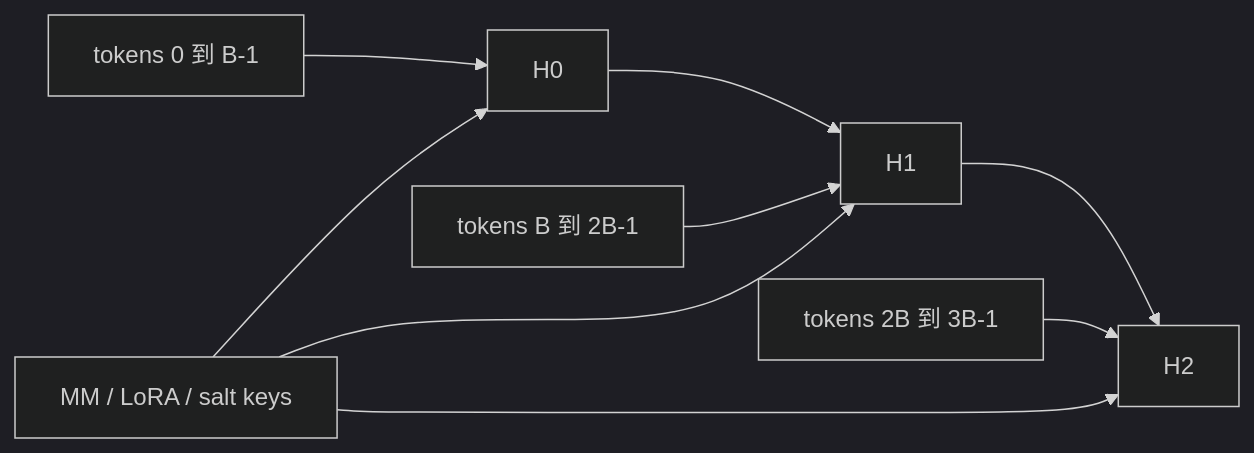
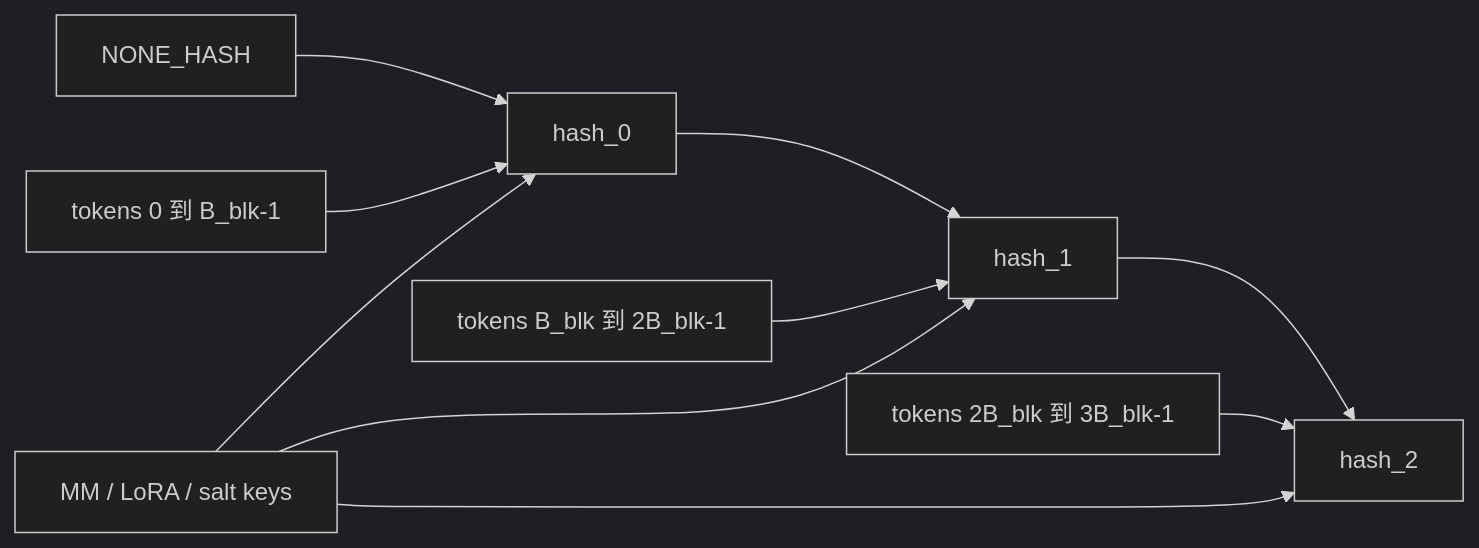
Diagram 22 of 36 in book/05-kv-cache/README.md (cluster1900/vllm_reader), drawn with Mermaid (dark theme) before and after one commit. The commit also changed other lines of this file, not shown here.

First line of the commit message:
docs(ch05): F/D 批次 B4 — 公式模板、推导算例、改名与必做图 (#24)

````diff
--- a/book/05-kv-cache/README.md
+++ b/book/05-kv-cache/README.md
@@ -1108,11 +1367,12 @@
 ```mermaid
 flowchart LR
-    T0[tokens 0 到 B-1] --> H0[H0]
-    H0 --> H1[H1]
-    T1[tokens B 到 2B-1] --> H1
-    H1 --> H2[H2]
-    T2[tokens 2B 到 3B-1] --> H2
+    SEED[NONE_HASH] --> H0[hash_0]
+    T0[tokens 0 到 B_blk-1] --> H0
+    H0 --> H1[hash_1]
+    T1[tokens B_blk 到 2B_blk-1] --> H1
+    H1 --> H2[hash_2]
+    T2[tokens 2B_blk 到 3B_blk-1] --> H2
     E[MM / LoRA / salt keys] --> H0
     E --> H1
     E --> H2
 ```
````
